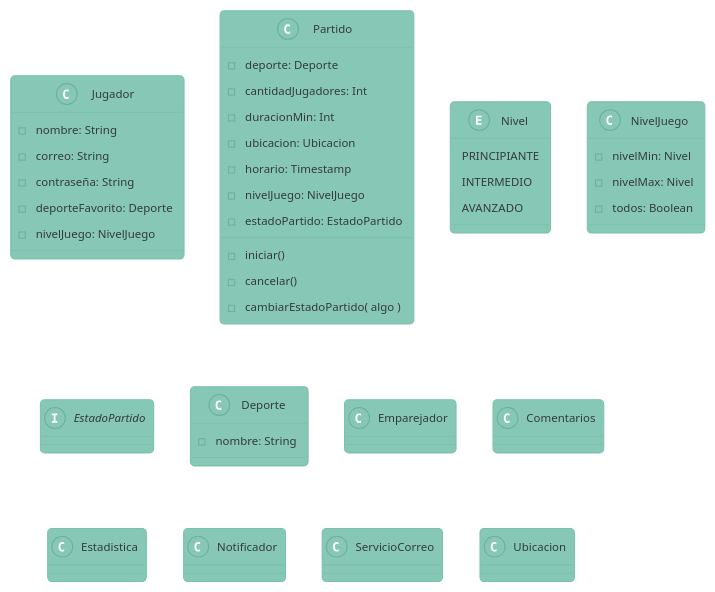
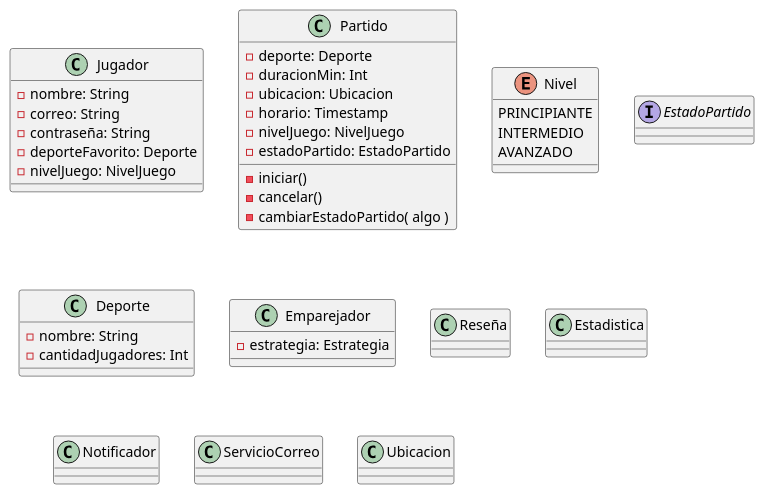
Before and after one commit to katerinacejas/tp-proceso-desarrollo-software-2025-UADE: the diagram in diagrama.plantuml, drawn with PlantUML.

Commit message:
Revision de atributos para Deporte y eliminar NivelJuego

```diff
--- a/diagrama.plantuml
+++ b/diagrama.plantuml
@@ -1,54 +1,55 @@
 @startuml
-!theme minty
 class Jugador { 
 - nombre: String
 - correo: String
 - contraseña: String
 - deporteFavorito: Deporte
 - nivelJuego: NivelJuego 
 }
 
 class Partido {
 - deporte: Deporte
-- cantidadJugadores: Int
 - duracionMin: Int
 - ubicacion: Ubicacion
 - horario: Timestamp
 - nivelJuego: NivelJuego 
 - estadoPartido: EstadoPartido
 - iniciar()
 - cancelar()
 - cambiarEstadoPartido( algo )
 }
 
 enum Nivel {
 PRINCIPIANTE
 INTERMEDIO
 AVANZADO
 }
 
-class NivelJuego {
-- nivelMin: Nivel
-- nivelMax: Nivel
-- todos: Boolean 
-}
+'class NivelJuego {
+'- nivelMin: Nivel
+'- nivelMax: Nivel
+'- todos: Boolean 
+'}
 
 interface EstadoPartido
 
 class Deporte {
 - nombre: String
+- cantidadJugadores: Int
 }
 
-class Emparejador {}
+class Emparejador {
+- estrategia: Estrategia
+}
 
-class Comentarios {}
+class Reseña {}
 
 class Estadistica {}
 
 
 class Notificador {}
 
 class ServicioCorreo {}
 
 class Ubicacion {}
 @enduml
```
